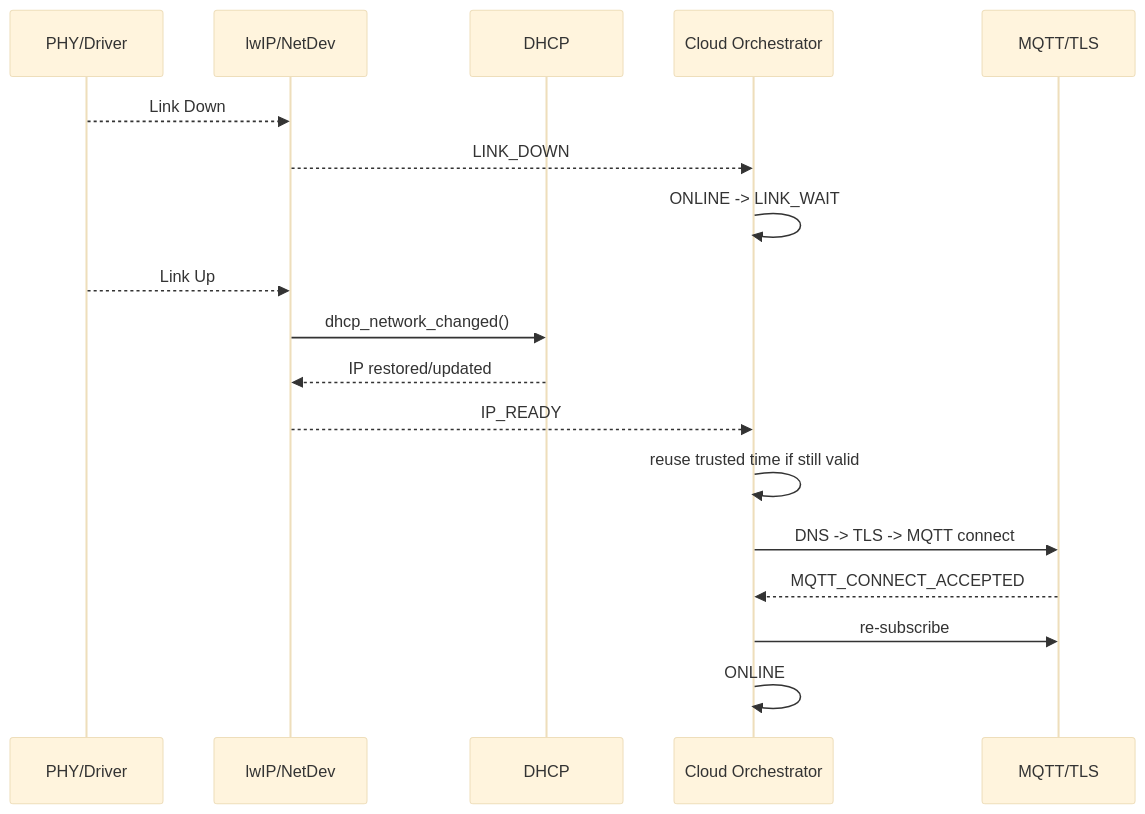
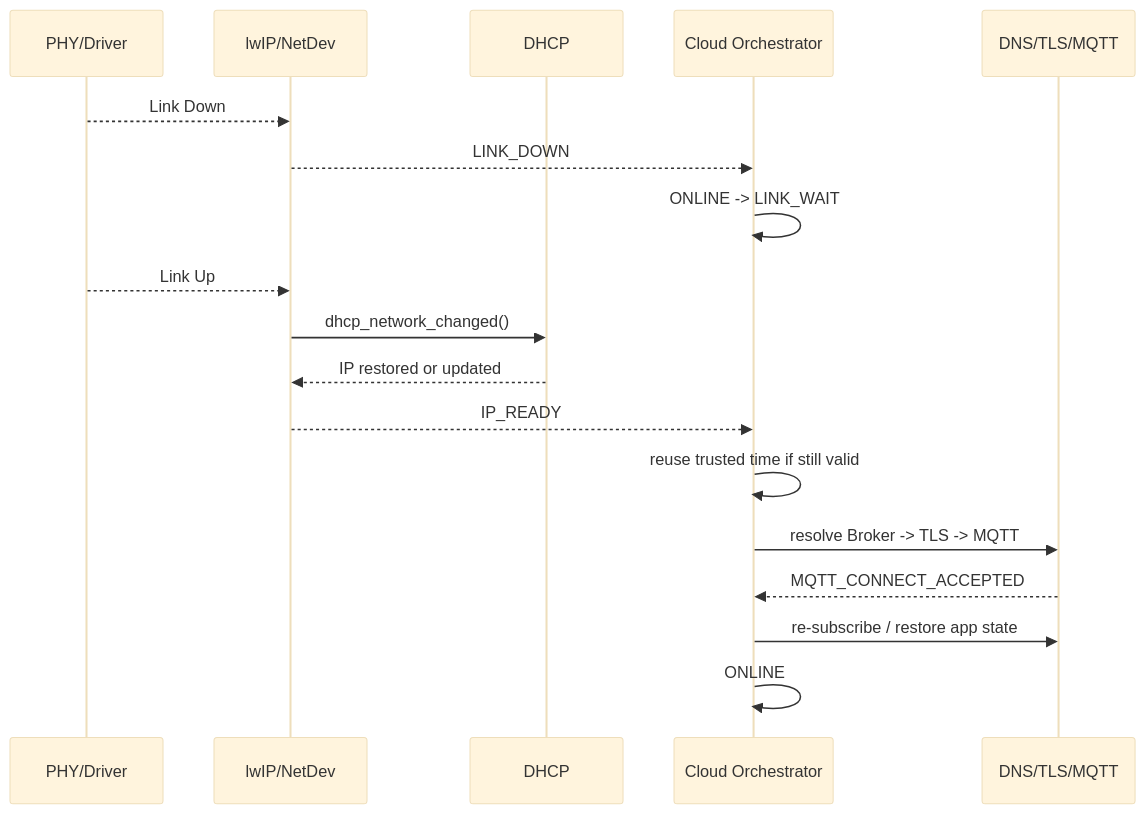
Before and after one commit to wdfk-prog/lwIP-Source-Lab: the fifth of 6 diagrams in docs/45-mcu-cloud-lifecycle.md, drawn with Mermaid (base theme). The commit also changed other lines of this file and 49 other files, not shown here.

````diff
--- a/docs/45-mcu-cloud-lifecycle.md
+++ b/docs/45-mcu-cloud-lifecycle.md
@@ -461,21 +275,21 @@
 ```mermaid
 sequenceDiagram
     participant PHY as PHY/Driver
     participant NET as lwIP/NetDev
     participant DHCP as DHCP
     participant APP as Cloud Orchestrator
-    participant MQTT as MQTT/TLS
+    participant CLOUD as DNS/TLS/MQTT
 
     PHY-->>NET: Link Down
     NET-->>APP: LINK_DOWN
     APP->>APP: ONLINE -> LINK_WAIT
     PHY-->>NET: Link Up
     NET->>DHCP: dhcp_network_changed()
-    DHCP-->>NET: IP restored/updated
+    DHCP-->>NET: IP restored or updated
     NET-->>APP: IP_READY
     APP->>APP: reuse trusted time if still valid
-    APP->>MQTT: DNS -> TLS -> MQTT connect
-    MQTT-->>APP: MQTT_CONNECT_ACCEPTED
-    APP->>MQTT: re-subscribe
+    APP->>CLOUD: resolve Broker -> TLS -> MQTT
+    CLOUD-->>APP: MQTT_CONNECT_ACCEPTED
+    APP->>CLOUD: re-subscribe / restore app state
     APP->>APP: ONLINE
 ```
````
